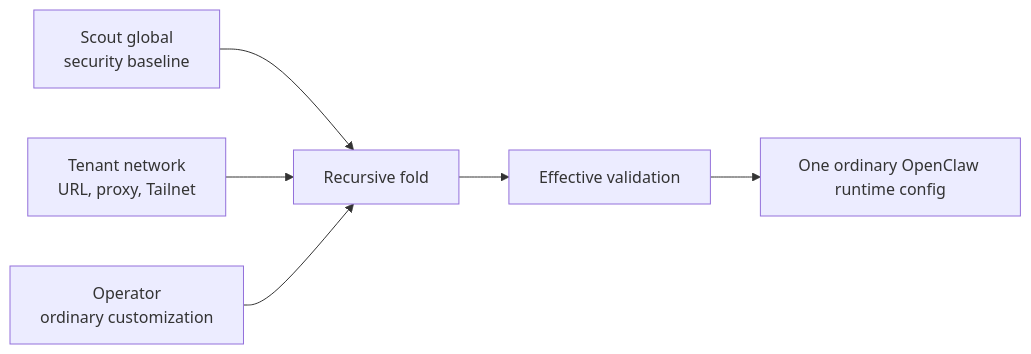
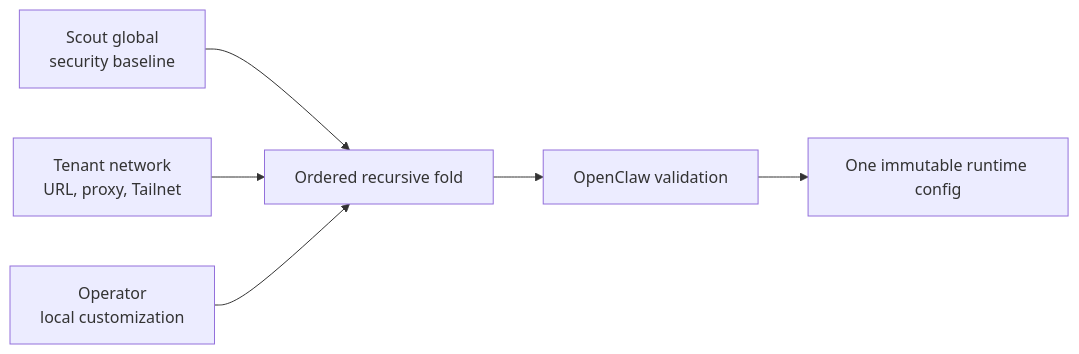
One commit to openclaw/rfcs changed the third of 3 diagrams in rfcs/0019-managed-configuration.md. Above: the diagram before and after it, drawn with Mermaid. The commit also changed other lines of this file, not shown here.

Commit message:
docs(rfc): align managed config with V1

````diff
--- a/rfcs/0019-managed-configuration.md
+++ b/rfcs/0019-managed-configuration.md
@@ -427,8 +292,8 @@
 ```mermaid
 flowchart LR
-  S[Scout global<br/>security baseline] --> F[Recursive fold]
+  S[Scout global<br/>security baseline] --> F[Ordered recursive fold]
   T[Tenant network<br/>URL, proxy, Tailnet] --> F
-  O[Operator<br/>ordinary customization] --> F
-  F --> V[Effective validation]
-  V --> R[One ordinary OpenClaw runtime config]
+  O[Operator<br/>local customization] --> F
+  F --> V[OpenClaw validation]
+  V --> R[One immutable runtime config]
 ```
````
